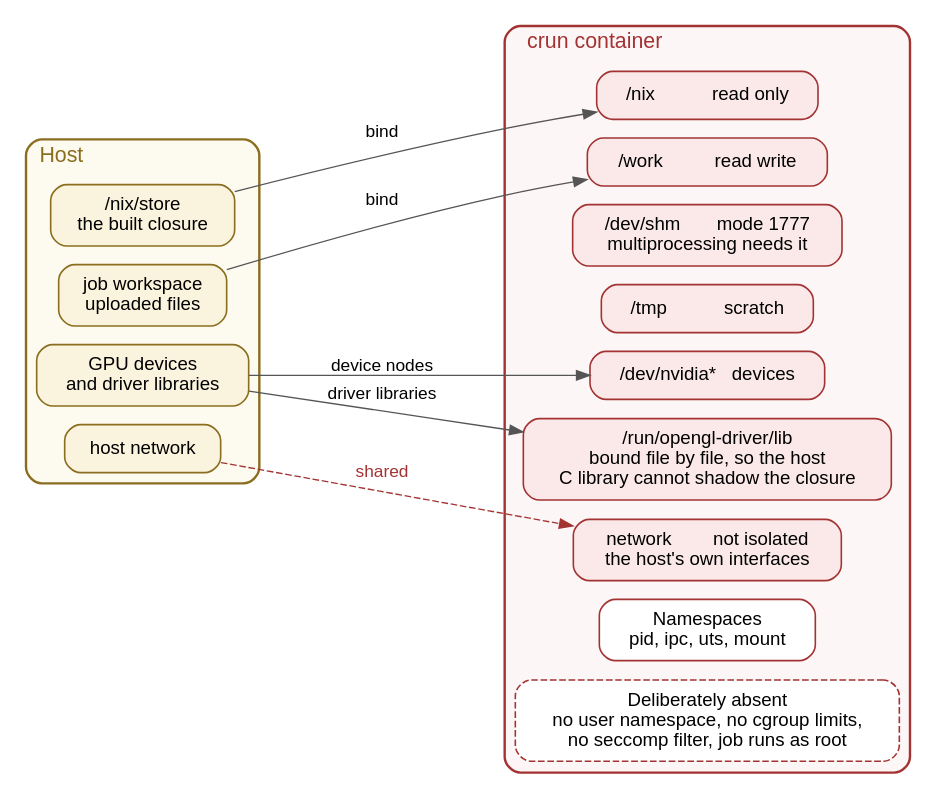
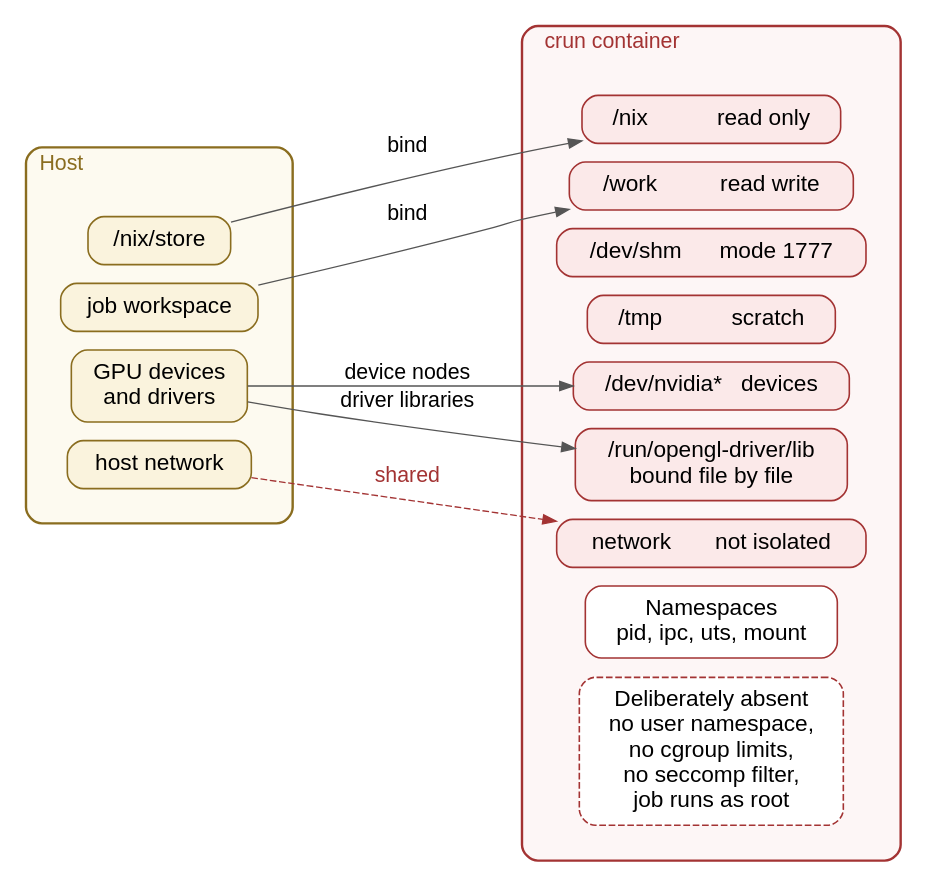
Before and after one commit to vinayakyadav2709/Pipedpeer: the diagram in docs/diagrams/src/fig_4.5_sandbox.dot, drawn with Graphviz. The commit also changed 23 other files, not shown here.

```diff
--- a/docs/diagrams/src/fig_4.5_sandbox.dot
+++ b/docs/diagrams/src/fig_4.5_sandbox.dot
@@ -1,41 +1,43 @@
 // Figure 4.5 - crun sandbox: what the job can and cannot see.
 digraph Sandbox {
   rankdir=LR; bgcolor="white"; nodesep=0.20; ranksep=1.3;
-  node [fontname="Helvetica", fontsize=14, shape=box, style="rounded,filled",
+  node [fontname="Helvetica", fontsize=17, shape=box, style="rounded,filled",
         fillcolor="#eef3fb", color="#3b6ea5", penwidth=1.2, margin="0.18,0.11"];
-  edge [fontname="Helvetica", fontsize=13, color="#555555"];
+  edge [fontname="Helvetica", fontsize=16, color="#555555"];
 
   subgraph cluster_host {
     label="Host"; labeljust=l; fontsize=16; fontname="Helvetica";
     style="rounded"; color="#8a6d1f"; penwidth=1.8; bgcolor="#fdfaf0"; fontcolor="#8a6d1f";
+    margin="26,22";
     node [fillcolor="#faf3dd", color="#8a6d1f"];
-    nix  [label="/nix/store\nthe built closure"];
-    work [label="job workspace\nuploaded files"];
-    gpu  [label="GPU devices\nand driver libraries"];
+    nix  [label="/nix/store"];
+    work [label="job workspace"];
+    gpu  [label="GPU devices\nand drivers"];
     net  [label="host network"];
     { rank=same; nix; work; gpu; net; }
   }
 
   subgraph cluster_ct {
     label="crun container"; labeljust=l; fontsize=16; fontname="Helvetica";
     style="rounded"; color="#a33333"; penwidth=1.8; bgcolor="#fdf6f6"; fontcolor="#a33333";
+    margin="26,22";
     node [fillcolor="#fbe9e9", color="#a33333"];
     m1 [label="/nix           read only"];
     m2 [label="/work          read write"];
-    m3 [label="/dev/shm       mode 1777\nmultiprocessing needs it"];
+    m3 [label="/dev/shm      mode 1777"];
     m4 [label="/tmp           scratch"];
     m5 [label="/dev/nvidia*   devices"];
-    m6 [label="/run/opengl-driver/lib\nbound file by file, so the host\nC library cannot shadow the closure"];
-    m7 [label="network        not isolated\nthe host's own interfaces"];
+    m6 [label="/run/opengl-driver/lib\nbound file by file"];
+    m7 [label="network       not isolated"];
     ns [label="Namespaces\npid, ipc, uts, mount", fillcolor="#ffffff"];
-    no [label="Deliberately absent\nno user namespace, no cgroup limits,\nno seccomp filter, job runs as root",
+    no [label="Deliberately absent\nno user namespace,\nno cgroup limits,\nno seccomp filter,\njob runs as root",
         fillcolor="#ffffff", style="rounded,filled,dashed"];
     { rank=same; m1; m2; m3; m4; m5; m6; m7; ns; no; }
   }
 
   nix  -> m1 [label=" bind "];
   work -> m2 [label=" bind "];
   gpu  -> m5 [label=" device nodes "];
   gpu  -> m6 [label=" driver libraries "];
   net  -> m7 [label=" shared ", style=dashed, color="#a33333", fontcolor="#a33333"];
 }
```
